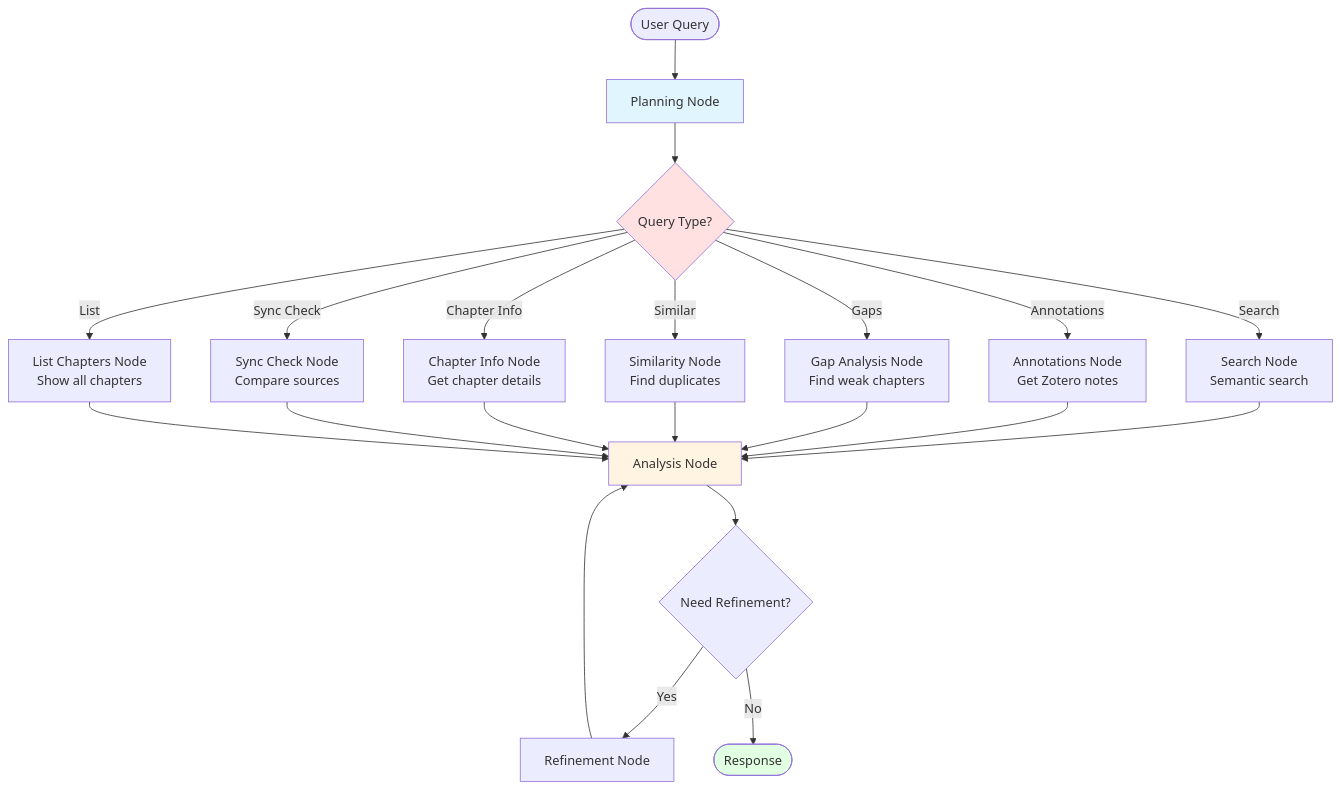
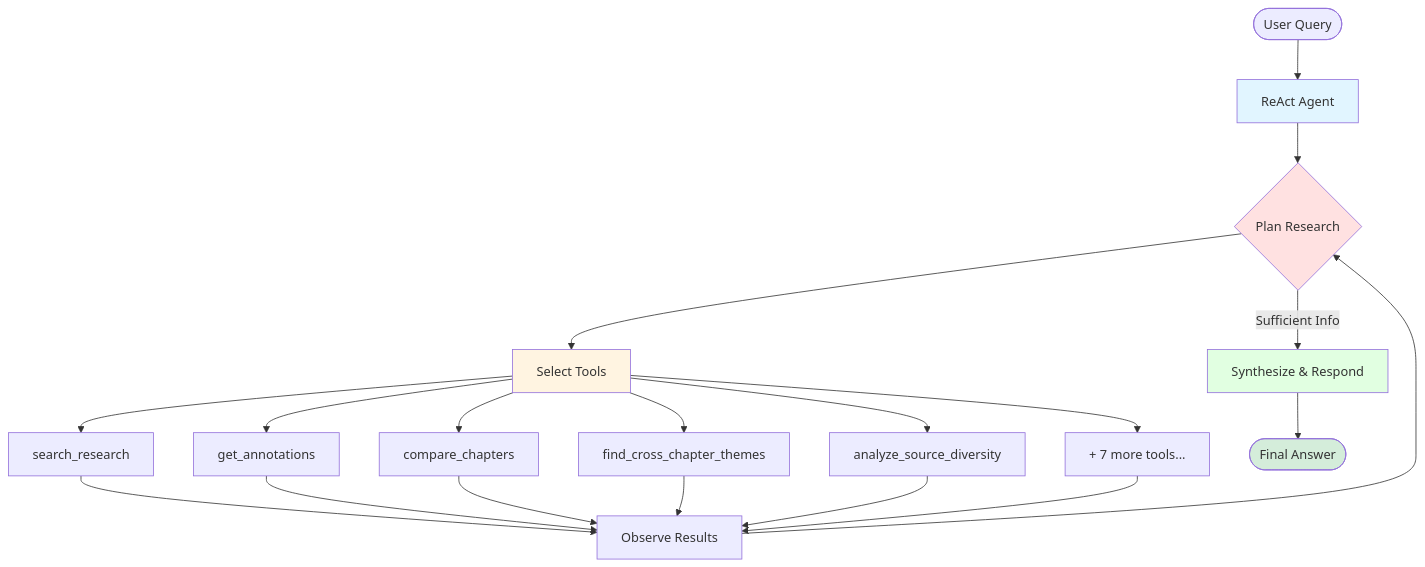
The diagram in README.md (StarCityGroup/book-writing-buddy), drawn with Mermaid before and after one commit. The commit also changed other lines of this file and 10 other files, not shown here.

First line of the commit message:
Redesign agent architecture from state machine to ReAct pattern

````diff
--- a/README.md
+++ b/README.md
@@ -124,31 +135,31 @@
 ```mermaid
 graph TD
-    Start([User Query]) --> Planning[Planning Node]
-    Planning --> Router{Query Type?}
+    Start([User Query]) --> Agent[ReAct Agent]
 
-    Router -->|Search| Search[Search Node<br/>Semantic search]
-    Router -->|Annotations| Annotations[Annotations Node<br/>Get Zotero notes]
-    Router -->|Gaps| Gaps[Gap Analysis Node<br/>Find weak chapters]
-    Router -->|Similar| Similar[Similarity Node<br/>Find duplicates]
-    Router -->|Chapter Info| ChapterInfo[Chapter Info Node<br/>Get chapter details]
-    Router -->|Sync Check| Sync[Sync Check Node<br/>Compare sources]
-    Router -->|List| List[List Chapters Node<br/>Show all chapters]
+    Agent --> Think{Plan Research}
+    Think --> Tools[Select Tools]
 
-    Search --> Analyze[Analysis Node]
-    Annotations --> Analyze
-    Gaps --> Analyze
-    Similar --> Analyze
-    ChapterInfo --> Analyze
-    Sync --> Analyze
-    List --> Analyze
+    Tools --> T1[search_research]
+    Tools --> T2[get_annotations]
+    Tools --> T3[compare_chapters]
+    Tools --> T4[find_cross_chapter_themes]
+    Tools --> T5[analyze_source_diversity]
+    Tools --> T6[+ 7 more tools...]
 
-    Analyze --> Decision{Need Refinement?}
-    Decision -->|Yes| Refine[Refinement Node]
-    Decision -->|No| End([Response])
-    Refine --> Analyze
+    T1 --> Observe[Observe Results]
+    T2 --> Observe
+    T3 --> Observe
+    T4 --> Observe
+    T5 --> Observe
+    T6 --> Observe
 
-    style Planning fill:#e1f5ff
-    style Analyze fill:#fff4e1
-    style Router fill:#ffe1e1
-    style End fill:#e1ffe1
+    Observe --> Think
+    Think -->|Sufficient Info| Respond[Synthesize & Respond]
+    Respond --> End([Final Answer])
+
+    style Agent fill:#e1f5ff
+    style Think fill:#ffe1e1
+    style Tools fill:#fff4e1
+    style Respond fill:#e1ffe1
+    style End fill:#d4edda
 ```
````
